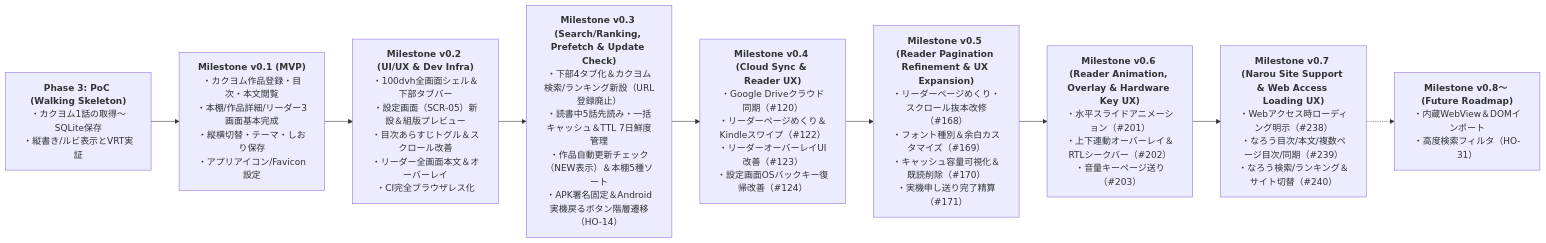
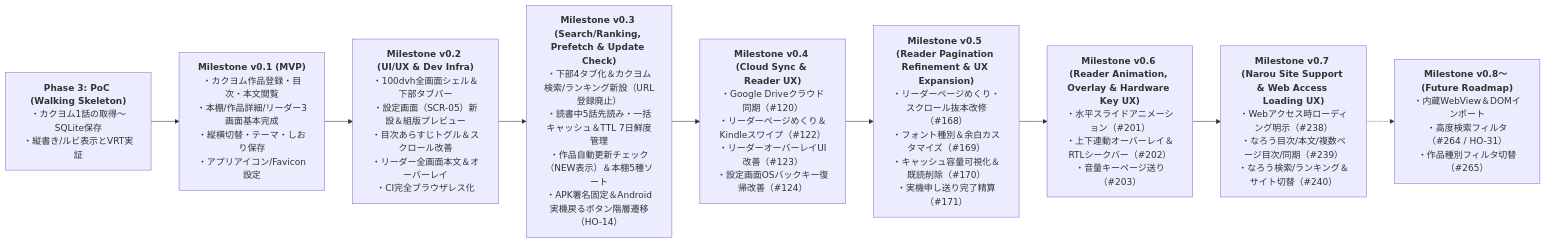
The diagram in docs/specs/requirements.md (high-soar/Yommy), drawn with Mermaid before and after one commit. The commit also changed other lines of this file and 9 other files, not shown here.

````diff
--- a/docs/specs/requirements.md
+++ b/docs/specs/requirements.md
@@ -188,14 +190,14 @@
 ```mermaid
 flowchart LR
     PoC["<b>Phase 3: PoC (Walking Skeleton)</b><br>・カクヨム1話の取得〜SQLite保存<br>・縦書き/ルビ表示とVRT実証"]
     M1["<b>Milestone v0.1 (MVP)</b><br>・カクヨム作品登録・目次・本文閲覧<br>・本棚/作品詳細/リーダー3画面基本完成<br>・縦横切替・テーマ・しおり保存<br>・アプリアイコン/Favicon設定"]
     M2["<b>Milestone v0.2 (UI/UX & Dev Infra)</b><br>・100dvh全画面シェル＆下部タブバー<br>・設定画面（SCR-05）新設＆組版プレビュー<br>・目次あらすじトグル＆スクロール改善<br>・リーダー全画面本文＆オーバーレイ<br>・CI完全ブラウザレス化"]
     M3["<b>Milestone v0.3 (Search/Ranking, Prefetch & Update Check)</b><br>・下部4タブ化＆カクヨム検索/ランキング新設（URL登録廃止）<br>・読書中5話先読み・一括キャッシュ＆TTL 7日鮮度管理<br>・作品自動更新チェック（NEW表示）＆本棚5種ソート<br>・APK署名固定＆Android実機戻るボタン階層遷移（HO-14）"]
     M4["<b>Milestone v0.4 (Cloud Sync & Reader UX)</b><br>・Google Driveクラウド同期（#120）<br>・リーダーページめくり＆Kindleスワイプ（#122）<br>・リーダーオーバーレイUI改善（#123）<br>・設定画面OSバックキー復帰改善（#124）"]
     M5["<b>Milestone v0.5 (Reader Pagination Refinement & UX Expansion)</b><br>・リーダーページめくり・スクロール抜本改修（#168）<br>・フォント種別＆余白カスタマイズ（#169）<br>・キャッシュ容量可視化＆既読削除（#170）<br>・実機申し送り完了精算（#171）"]
     M6["<b>Milestone v0.6 (Reader Animation, Overlay & Hardware Key UX)</b><br>・水平スライドアニメーション（#201）<br>・上下連動オーバーレイ＆RTLシークバー（#202）<br>・音量キーページ送り（#203）"]
     M7["<b>Milestone v0.7 (Narou Site Support & Web Access Loading UX)</b><br>・Webアクセス時ローディング明示（#238）<br>・なろう目次/本文/複数ページ目次/同期（#239）<br>・なろう検索/ランキング＆サイト切替（#240）"]
-    M8["<b>Milestone v0.8〜 (Future Roadmap)</b><br>・内蔵WebView＆DOMインポート<br>・高度検索フィルタ（HO-31）"]
+    M8["<b>Milestone v0.8〜 (Future Roadmap)</b><br>・内蔵WebView＆DOMインポート<br>・高度検索フィルタ（#264 / HO-31）<br>・作品種別フィルタ切替（#265）"]
 
     PoC --> M1 --> M2 --> M3 --> M4 --> M5 --> M6 --> M7 -.-> M8
 ```
````
